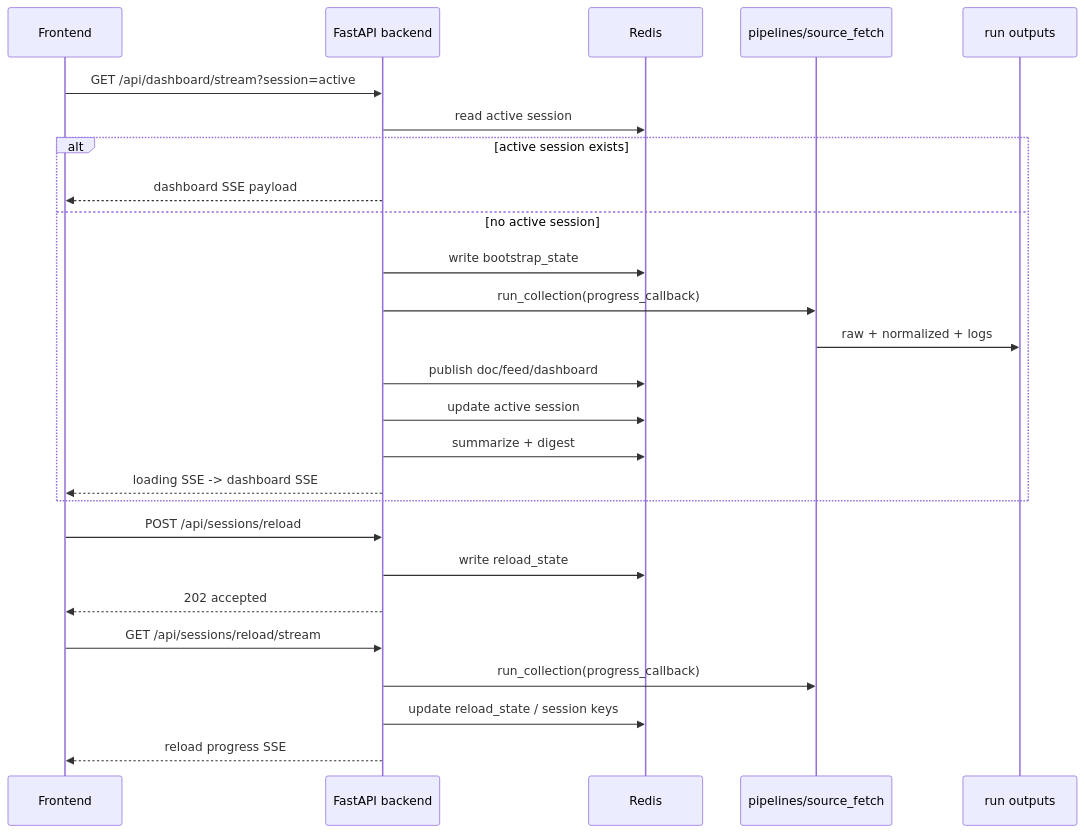
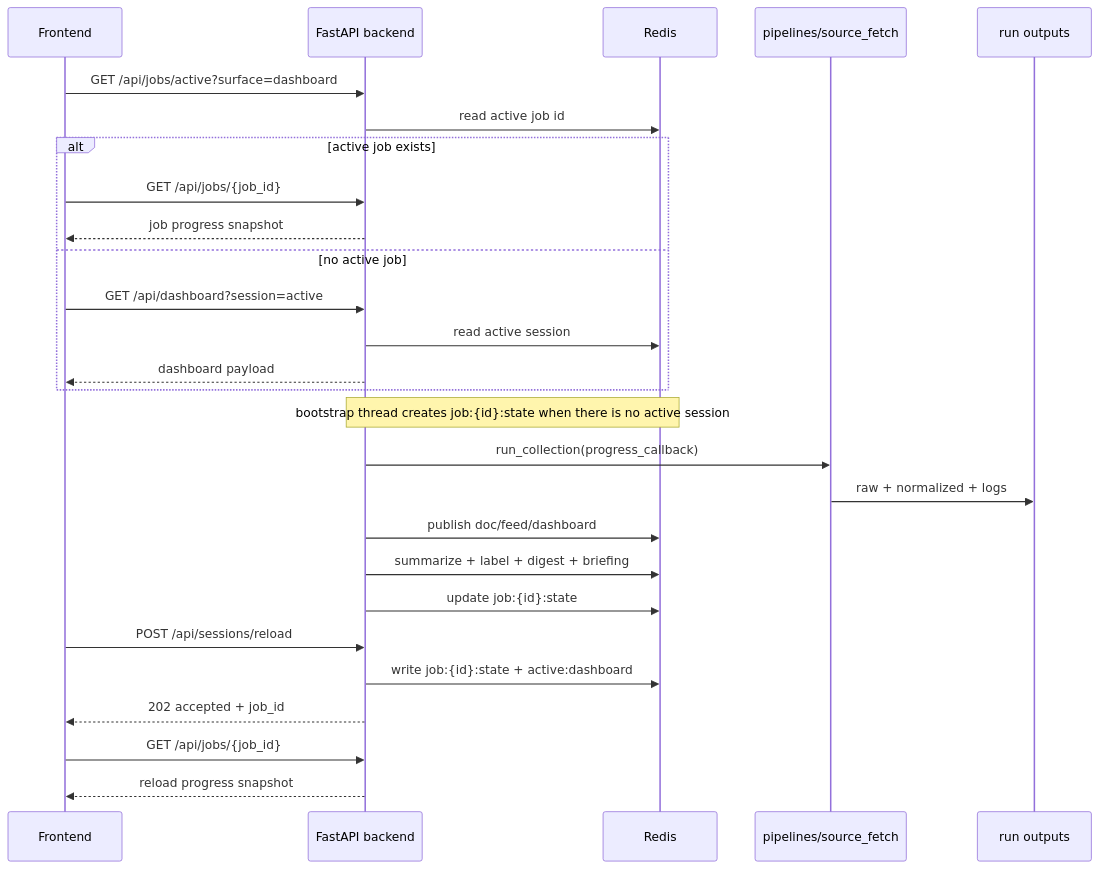
Before and after one commit to sparkorbit/sparkorbit: the diagram in docs/03_runtime_flow_draft.md, drawn with Mermaid. The commit also changed other lines of this file and 23 other files, not shown here.

Commit message:
Add Redis polling progress for collection jobs

````diff
--- a/docs/03_runtime_flow_draft.md
+++ b/docs/03_runtime_flow_draft.md
@@ -53,31 +54,33 @@
 ```mermaid
 sequenceDiagram
     participant UI as Frontend
     participant API as FastAPI backend
     participant REDIS as Redis
     participant COLLECT as pipelines/source_fetch
     participant RUN as run outputs
 
-    UI->>API: GET /api/dashboard/stream?session=active
-    API->>REDIS: read active session
+    UI->>API: GET /api/jobs/active?surface=dashboard
+    API->>REDIS: read active job id
 
-    alt active session exists
-        API-->>UI: dashboard SSE payload
-    else no active session
-        API->>REDIS: write bootstrap_state
-        API->>COLLECT: run_collection(progress_callback)
-        COLLECT->>RUN: raw + normalized + logs
-        API->>REDIS: publish doc/feed/dashboard
-        API->>REDIS: update active session
-        API->>REDIS: summarize + digest
-        API-->>UI: loading SSE -> dashboard SSE
+    alt active job exists
+        UI->>API: GET /api/jobs/{job_id}
+        API-->>UI: job progress snapshot
+    else no active job
+        UI->>API: GET /api/dashboard?session=active
+        API->>REDIS: read active session
+        API-->>UI: dashboard payload
     end
 
+    Note over API,REDIS: bootstrap thread creates job:{id}:state when there is no active session
+    API->>COLLECT: run_collection(progress_callback)
+    COLLECT->>RUN: raw + normalized + logs
+    API->>REDIS: publish doc/feed/dashboard
+    API->>REDIS: summarize + label + digest + briefing
+    API->>REDIS: update job:{id}:state
+
     UI->>API: POST /api/sessions/reload
-    API->>REDIS: write reload_state
-    API-->>UI: 202 accepted
-    UI->>API: GET /api/sessions/reload/stream
-    API->>COLLECT: run_collection(progress_callback)
-    API->>REDIS: update reload_state / session keys
-    API-->>UI: reload progress SSE
+    API->>REDIS: write job:{id}:state + active:dashboard
+    API-->>UI: 202 accepted + job_id
+    UI->>API: GET /api/jobs/{job_id}
+    API-->>UI: reload progress snapshot
 ```
````
